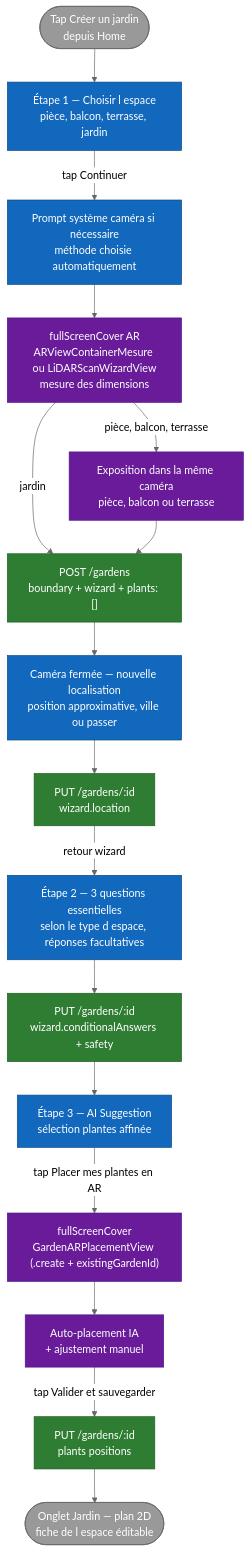
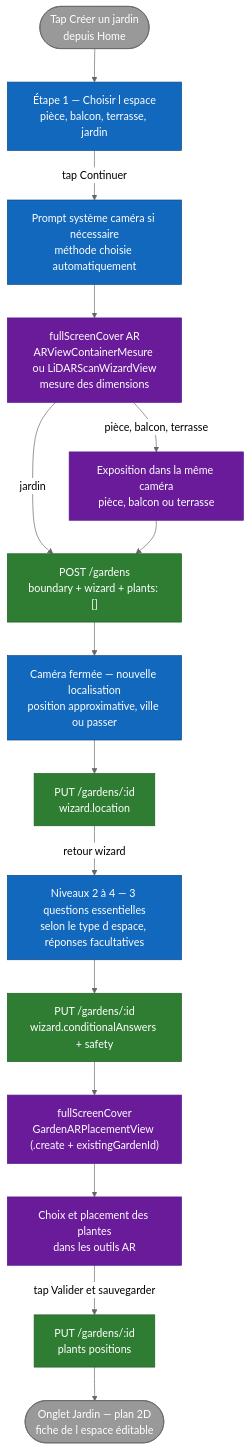
One commit to ArboreTeam/Arbore changed the diagram in docs/fr/flows/garden-creation.md. Above: the diagram before and after it, drawn with Mermaid (neutral theme). The commit also changed other lines of this file and 136 other files, not shown here.

````diff
--- a/docs/fr/flows/garden-creation.md
+++ b/docs/fr/flows/garden-creation.md
@@ -13,45 +13,42 @@
 ```mermaid
 flowchart TB
     start_node([Tap Créer un jardin<br/>depuis Home])
 
     spaceType["Étape 1 — Choisir l espace<br/>pièce, balcon, terrasse, jardin"]
     permissions["Prompt système caméra si nécessaire<br/>méthode choisie automatiquement"]
     trace_ar["fullScreenCover AR<br/>ARViewContainerMesure ou LiDARScanWizardView<br/>mesure des dimensions"]
     exposure["Exposition dans la même caméra<br/>pièce, balcon ou terrasse"]
     post_garden["POST /gardens<br/>boundary + wizard + plants: []"]
     location["Caméra fermée — nouvelle localisation<br/>position approximative, ville ou passer"]
     update_garden["PUT /gardens/:id<br/>wizard.location"]
-    questions["Étape 2 — 3 questions essentielles<br/>selon le type d espace, réponses facultatives"]
+    questions["Niveaux 2 à 4 — 3 questions essentielles<br/>selon le type d espace, réponses facultatives"]
     update_constraints["PUT /gardens/:id<br/>wizard.conditionalAnswers + safety"]
-
-    ai["Étape 3 — AI Suggestion<br/>sélection plantes affinée"]
     placement["fullScreenCover<br/>GardenARPlacementView (.create + existingGardenId)"]
-    auto_place["Auto-placement IA<br/>+ ajustement manuel"]
+    manual_place["Choix et placement des plantes<br/>dans les outils AR"]
     put_garden["PUT /gardens/:id<br/>plants positions"]
 
     plan2d([Onglet Jardin — plan 2D<br/>fiche de l espace éditable])
 
     start_node --> spaceType
     spaceType -->|tap Continuer| permissions
     permissions --> trace_ar
     trace_ar -->|pièce, balcon, terrasse| exposure
     trace_ar -->|jardin| post_garden
     exposure --> post_garden
     post_garden --> location
     location --> update_garden
     update_garden -->|retour wizard| questions
-    questions --> update_constraints --> ai
-    ai -->|tap Placer mes plantes en AR| placement
-    placement --> auto_place
-    auto_place -->|tap Valider et sauvegarder| put_garden
+    questions --> update_constraints --> placement
+    placement --> manual_place
+    manual_place -->|tap Valider et sauvegarder| put_garden
     put_garden --> plan2d
 
     classDef step  fill:#1168BD,stroke:#0B4884,color:#fff
     classDef cond  fill:#2E7D32,stroke:#1B5E20,color:#fff
     classDef ar    fill:#6A1B9A,stroke:#4A148C,color:#fff
     classDef io    fill:#999,stroke:#666,color:#fff
-    class spaceType,permissions,location,questions,ai step
+    class spaceType,permissions,location,questions step
     class post_garden,update_garden,update_constraints,put_garden cond
-    class trace_ar,exposure,placement,auto_place ar
+    class trace_ar,exposure,placement,manual_place ar
     class start_node,plan2d io
 ```
````
